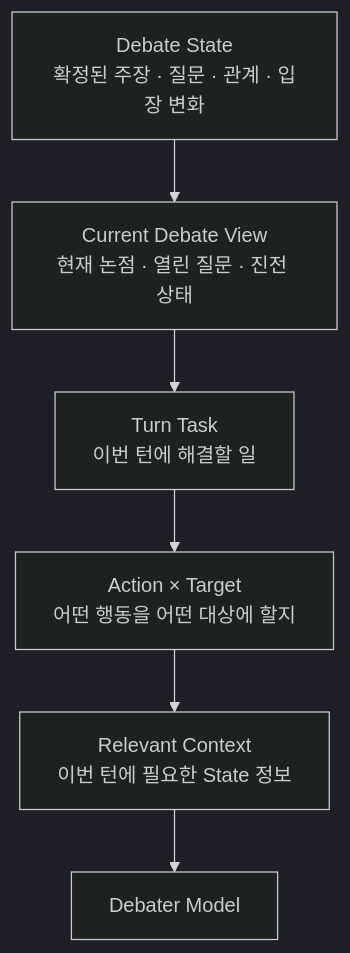
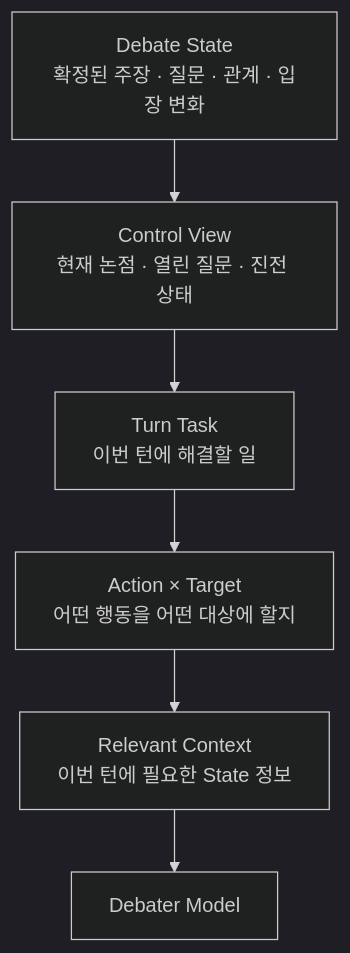
Before and after one commit to hodob/A1-3: the fourth of 5 diagrams in README.md, drawn with Mermaid (dark theme). The commit also changed other lines of this file, not shown here.

```diff
--- a/README.md
+++ b/README.md
@@ -140,15 +149,15 @@
 ~~~mermaid
 flowchart TD
     S[Debate State<br/>확정된 주장 · 질문 · 관계 · 입장 변화]
-    V[Current Debate View<br/>현재 논점 · 열린 질문 · 진전 상태]
+    V[Control View<br/>현재 논점 · 열린 질문 · 진전 상태]
     T[Turn Task<br/>이번 턴에 해결할 일]
     A[Action × Target<br/>어떤 행동을 어떤 대상에 할지]
     C[Relevant Context<br/>이번 턴에 필요한 State 정보]
     M[Debater Model]
 
     S --> V
     V --> T
     T --> A
     A --> C
     C --> M
 ~~~
```
